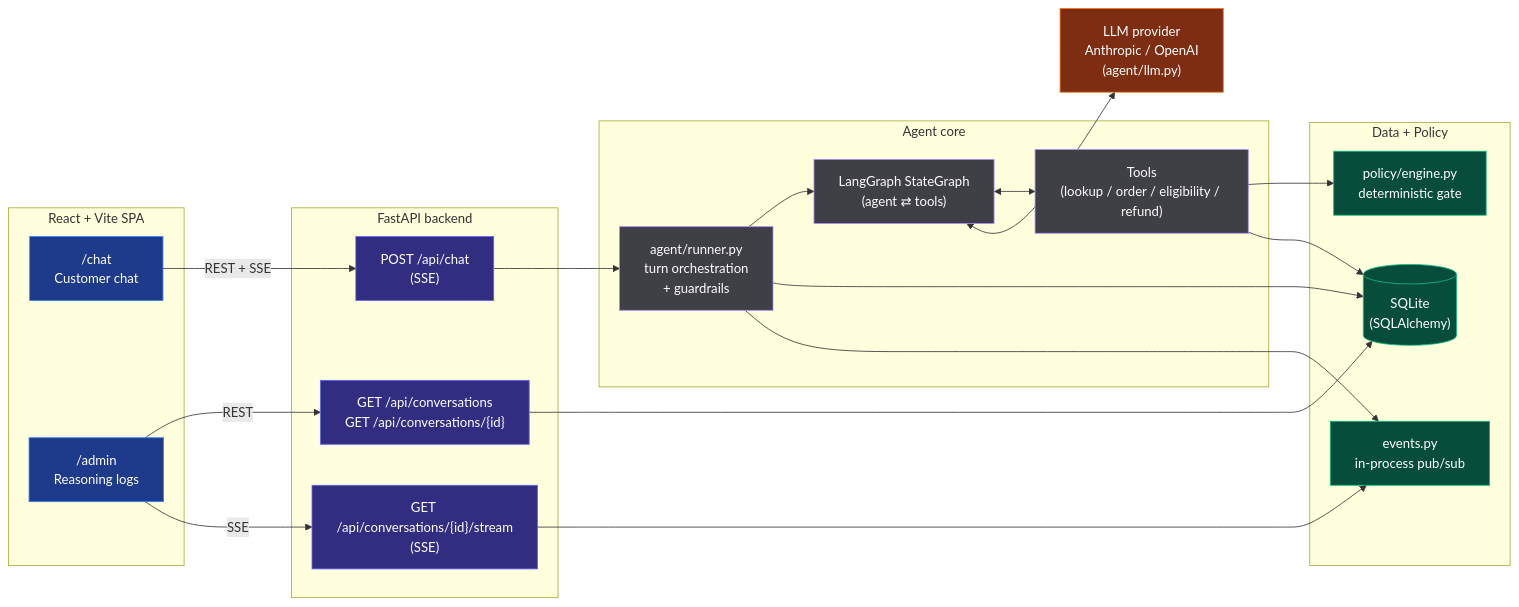
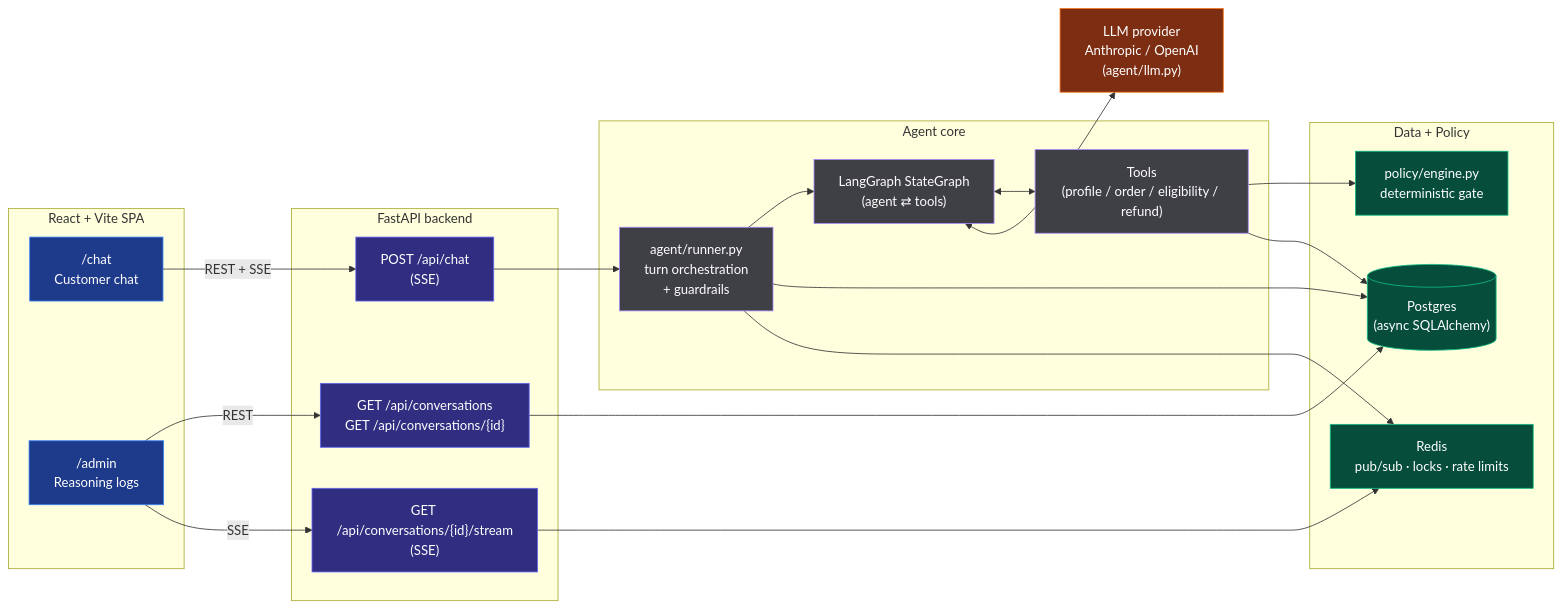
The first of 2 diagrams in README.md (LikhithV02/Customer-Support-Agent), drawn with Mermaid before and after one commit. The commit also changed other lines of this file and 58 other files, not shown here.

````diff
--- a/README.md
+++ b/README.md
@@ -57,55 +70,55 @@
 ```mermaid
 flowchart LR
     subgraph UI["React + Vite SPA"]
         Chat["/chat<br/>Customer chat"]
         Admin["/admin<br/>Reasoning logs"]
     end
 
     subgraph API["FastAPI backend"]
         Chat_API["POST /api/chat<br/>(SSE)"]
         Convo_REST["GET /api/conversations<br/>GET /api/conversations/{id}"]
         Stream_API["GET /api/conversations/{id}/stream<br/>(SSE)"]
     end
 
     subgraph Core["Agent core"]
         Runner["agent/runner.py<br/>turn orchestration<br/>+ guardrails"]
         Graph["LangGraph StateGraph<br/>(agent ⇄ tools)"]
-        Tools["Tools<br/>(lookup / order / eligibility / refund)"]
+        Tools["Tools<br/>(profile / order / eligibility / refund)"]
     end
 
     subgraph Data["Data + Policy"]
         Engine["policy/engine.py<br/>deterministic gate"]
-        DB[("SQLite<br/>(SQLAlchemy)")]
-        Bus["events.py<br/>in-process pub/sub"]
+        DB[("Postgres<br/>(async SQLAlchemy)")]
+        Bus["Redis<br/>pub/sub · locks · rate limits"]
     end
 
     LLM["LLM provider<br/>Anthropic / OpenAI<br/>(agent/llm.py)"]
 
     Chat -- REST + SSE --> Chat_API
     Admin -- REST --> Convo_REST
     Admin -- SSE --> Stream_API
 
     Chat_API --> Runner
     Convo_REST --> DB
     Stream_API --> Bus
 
     Runner --> Graph
     Graph <--> Tools
     Graph <--> LLM
     Tools --> Engine
     Tools --> DB
     Runner --> DB
     Runner --> Bus
 
     classDef ui fill:#1e3a8a,stroke:#3b82f6,color:#fff;
     classDef api fill:#312e81,stroke:#6366f1,color:#fff;
     classDef core fill:#3f3f46,stroke:#a78bfa,color:#fff;
     classDef data fill:#064e3b,stroke:#10b981,color:#fff;
     classDef llm fill:#7c2d12,stroke:#f97316,color:#fff;
 
     class Chat,Admin ui;
     class Chat_API,Convo_REST,Stream_API api;
     class Runner,Graph,Tools core;
     class Engine,DB,Bus data;
     class LLM llm;
 ```
````
